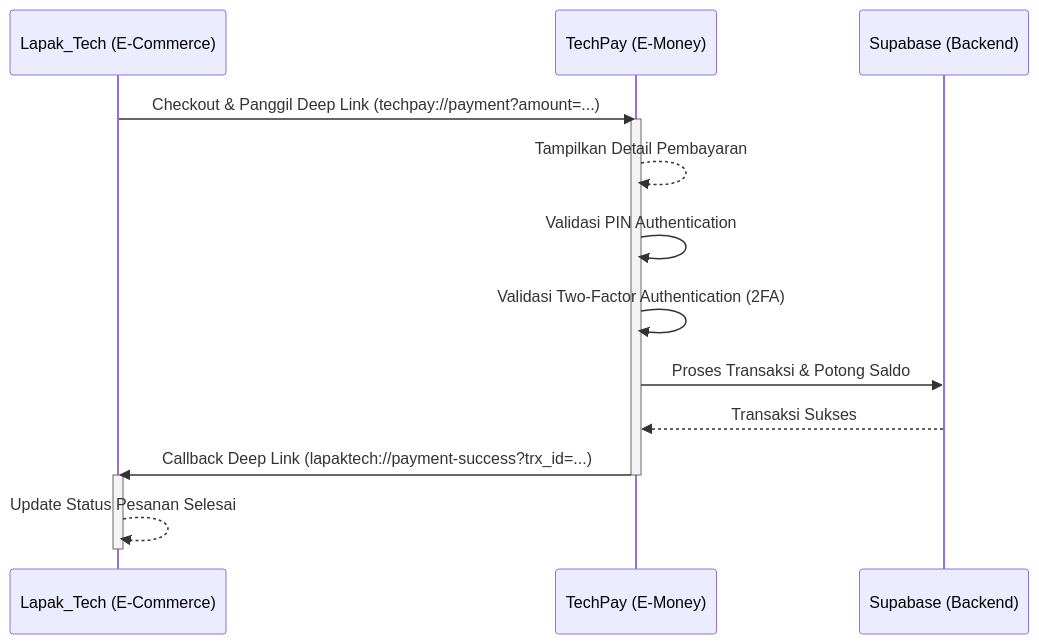
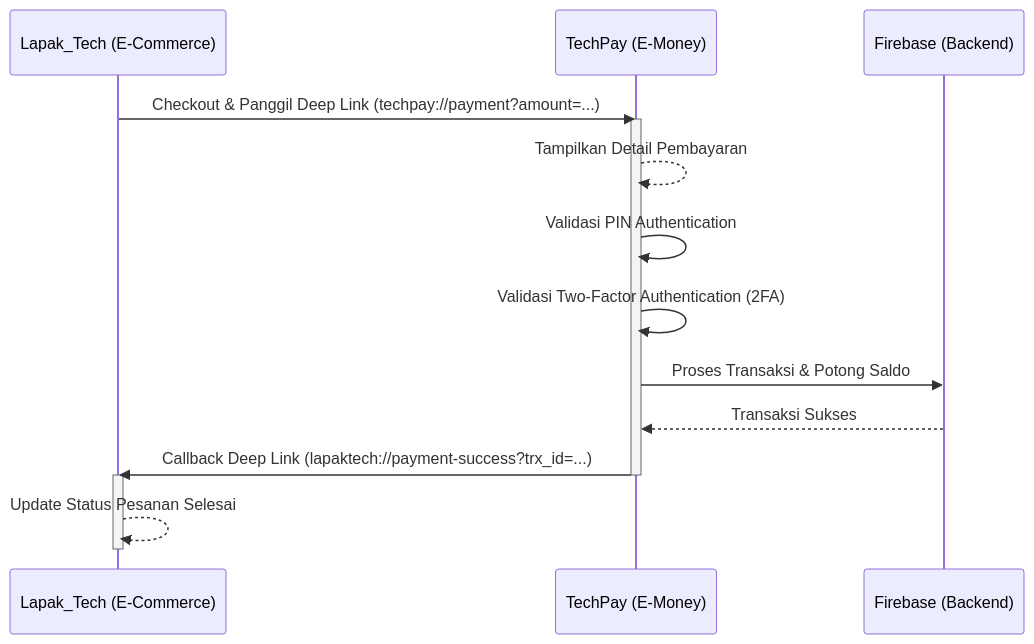
Before and after one commit to cale295/UAS_emoney_lapak_tech_1123150071: the first of 2 diagrams in README.md, drawn with Mermaid. The commit also changed other lines of this file, not shown here.

````diff
--- a/README.md
+++ b/README.md
@@ -72,19 +72,19 @@
 ```mermaid
 sequenceDiagram
     participant LT as Lapak_Tech (E-Commerce)
     participant TP as TechPay (E-Money)
-    participant SB as Supabase (Backend)
-    
+    participant FB as Firebase (Backend)
+
     LT->>TP: Checkout & Panggil Deep Link (techpay://payment?amount=...)
     activate TP
     TP-->>TP: Tampilkan Detail Pembayaran
     TP->>TP: Validasi PIN Authentication
     TP->>TP: Validasi Two-Factor Authentication (2FA)
-    TP->>SB: Proses Transaksi & Potong Saldo
-    SB-->>TP: Transaksi Sukses
+    TP->>FB: Proses Transaksi & Potong Saldo
+    FB-->>TP: Transaksi Sukses
     TP->>LT: Callback Deep Link (lapaktech://payment-success?trx_id=...)
     deactivate TP
     activate LT
     LT-->>LT: Update Status Pesanan Selesai
     deactivate LT
 ```
````
